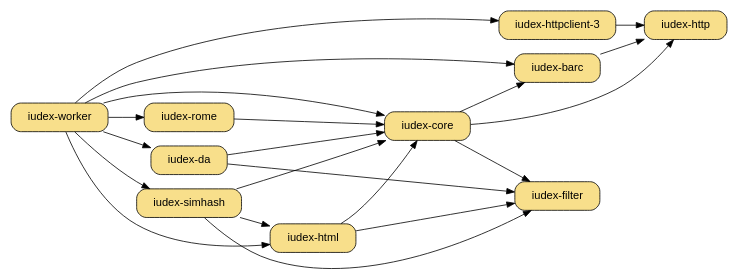
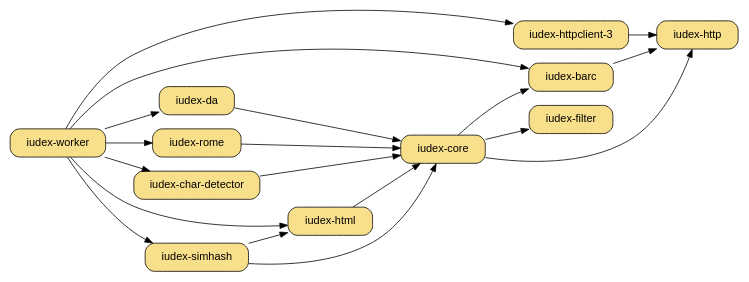
Before and after one commit to dekellum/iudex: the diagram in www/_dot/iudex.dot, drawn with Graphviz.

Commit message:
www: Add char-detector; related dep graph simplication

```diff
--- a/www/_dot/iudex.dot
+++ b/www/_dot/iudex.dot
@@ -1,80 +1,85 @@
 digraph "iudex-gems" {
   rankdir=LR
   size="7.5,5";
   bgcolor="transparent";
   node [ shape=box, style="filled,rounded", fillcolor="#f8df8b",
          fontname="Arial",  margin="0.30,0.1" ];
 
 #  "iudex-filter" -> "gravitext-util"
 #  "iudex-da"     -> "gravitext-util"
   "iudex-da"     [ target=_parent, URL="../da.html" ];
-  "iudex-da"     -> "iudex-filter"
+#  "iudex-da"     -> "iudex-filter"
   "iudex-da"     -> "iudex-core"
 
 #  "iudex-core"   -> "gravitext-util"
   "iudex-core"   -> "iudex-filter"
   "iudex-core"   -> "iudex-http"
   "iudex-core"     -> "iudex-barc"
 
+  "iudex-char-detector"
+  "iudex-char-detector" -> "iudex-core"
+#  "iudex-char-detector" -> "iudex-filter"
+
   "iudex-html";
   "iudex-simhash";
 
   "iudex-simhash" -> "iudex-html";
-  "iudex-simhash" -> "iudex-filter";
+#  "iudex-simhash" -> "iudex-filter";
   "iudex-simhash" -> "iudex-core";
 #  "iudex-core"    -> "iudex-simhash";
 
-  "iudex-html" -> "iudex-filter";
+#  "iudex-html" -> "iudex-filter";
   "iudex-html" -> "iudex-core";
 
   "iudex-rome"   -> "iudex-core"
 
 #  "iudex-sitemap" [ style="rounded,dashed" ];
 #  "iudex-sitemap" [ target=_parent, URL="../sitemap.html" ];
 #  "iudex-sitemap" -> "iudex-core"
 
 #  "iudex-barc"   -> "gravitext-util"
   "iudex-barc"   -> "iudex-http"
   "iudex-barc"   [ target=_parent, URL="../barc.html" ];
 #  "iudex-http"   -> "gravitext-util"
 
   subgraph cluster_0 {
     style=invis;
     "iudex-http"
     "iudex-httpclient-3" -> "iudex-http"
 
 #    "iudex-httpclient-4" [ style="rounded,dashed" ];
 #    "iudex-httpclient-4" -> "iudex-http"
   }
 
   "iudex-worker";
   "iudex-worker" -> "iudex-da"
+  "iudex-worker" -> "iudex-char-detector"
   "iudex-worker" -> "iudex-rome"
-  "iudex-worker" -> "iudex-core"
+#  "iudex-worker" -> "iudex-core"
   "iudex-worker" -> "iudex-httpclient-3"
   "iudex-worker" -> "iudex-barc"
   "iudex-worker" -> "iudex-html"
   "iudex-worker" -> "iudex-simhash"
 
 #  "iudex-publisher" [ style="rounded,dashed" ];
 #  "iudex-publisher" -> "iudex-da"
 #  "iudex-publisher" -> "iudex-barc"
 
 #  "iudex-filter" -> "rjack-slf4j"
 #  "iudex-filter" -> "rjack-logback"
 #  "iudex-http"   -> "rjack-slf4j"
 #  "iudex-barc"   -> "rjack-slf4j"
 #  "iudex-core"   -> "rjack-slf4j"
 #  "iudex-core"   -> "rjack-logback"
 #  "iudex-da"     -> "rjack-slf4j"
 
 #  "rjack-httpclient" -> "rjack-commons-codec";
 #  "rjack-httpclient" -> "rjack-logback" [ style=dashed, label="dev" ];
 #  "rjack-httpclient" -> "rjack-slf4j";
 
 #  "rjack-slf4j"   [ group=log ];
 #  "rjack-logback" [ group=log ];
 #  "rjack-logback" -> "rjack-slf4j";
 #  "rjack-commons-codec"   [ group=commons ];
 
 }
```
